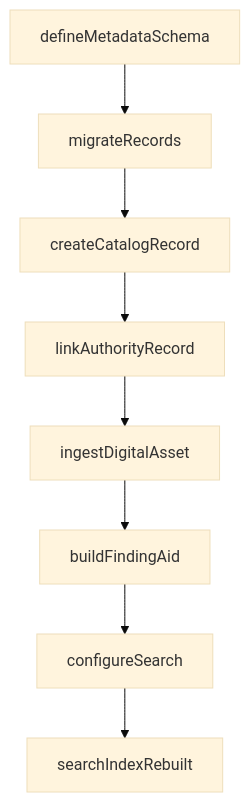
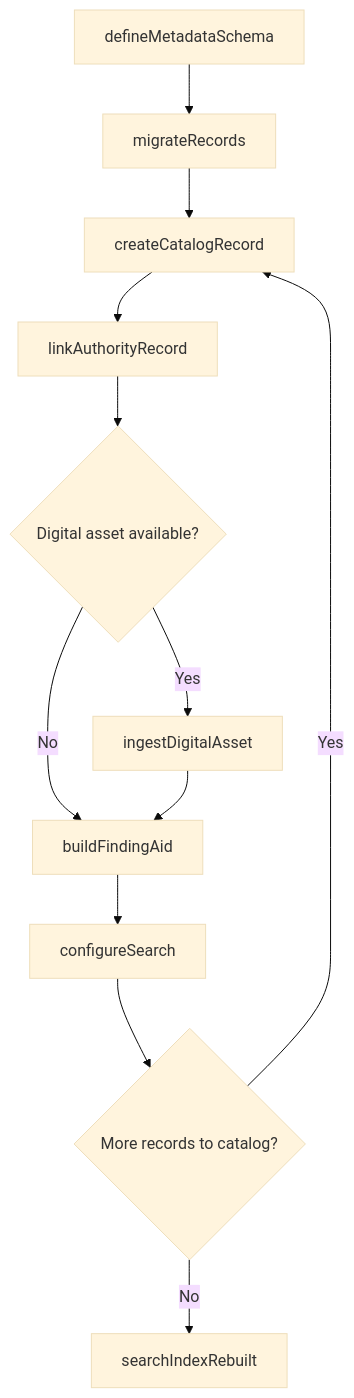
Before and after one commit to dot-org-ai/tasks.org.ai: the third of 4 diagrams in ThinkingCreatively/DesignDatabases/DevelopLibraryArchivalDatabases.mdx, drawn with Mermaid (base theme). The commit also changed other lines of this file and 307 other files, not shown here.

First line of the commit message:
feat: Add ER diagrams and state diagrams to remaining 308 DWA task files (wave 3 complete)

````diff
--- a/ThinkingCreatively/DesignDatabases/DevelopLibraryArchivalDatabases.mdx
+++ b/ThinkingCreatively/DesignDatabases/DevelopLibraryArchivalDatabases.mdx
@@ -90,10 +118,14 @@
 ```mermaid
 graph TD
     A[defineMetadataSchema] --> B[migrateRecords]
     B --> C[createCatalogRecord]
     C --> D[linkAuthorityRecord]
-    D --> E[ingestDigitalAsset]
-    E --> F[buildFindingAid]
-    F --> G[configureSearch]
-    G --> H[searchIndexRebuilt]
+    D --> E{Digital asset available?}
+    E -->|Yes| F[ingestDigitalAsset]
+    E -->|No| G[buildFindingAid]
+    F --> G
+    G --> H[configureSearch]
+    H --> I{More records to catalog?}
+    I -->|Yes| C
+    I -->|No| J[searchIndexRebuilt]
 ```
````
